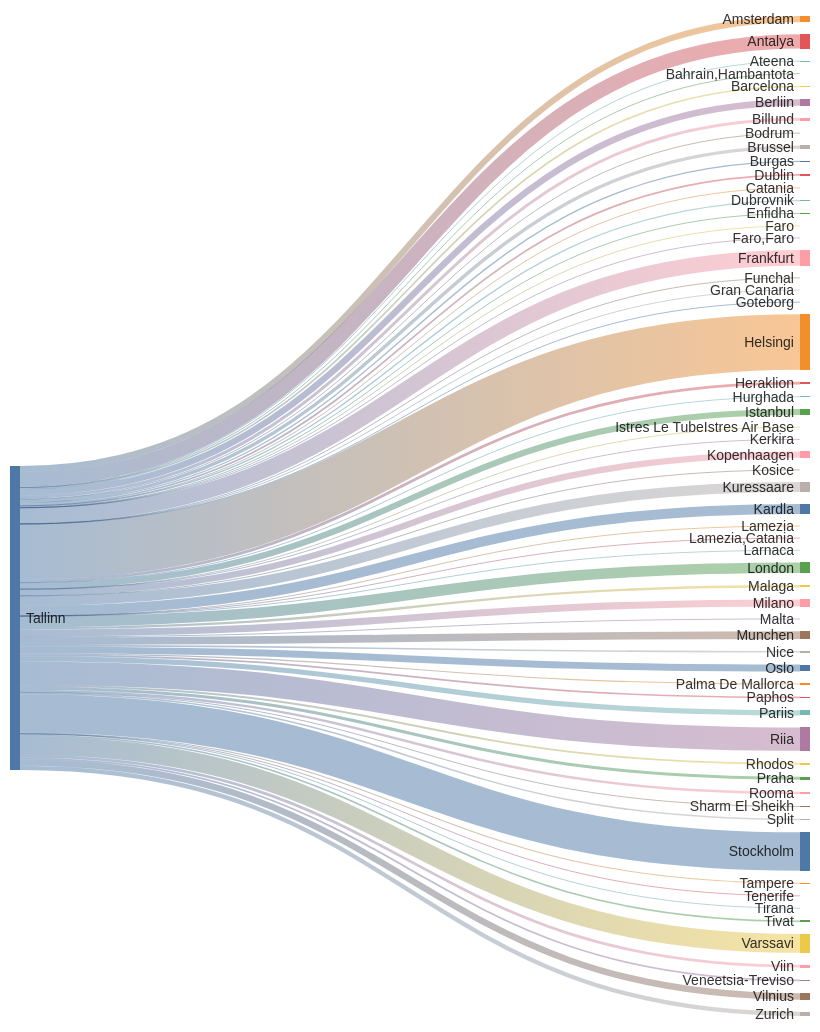
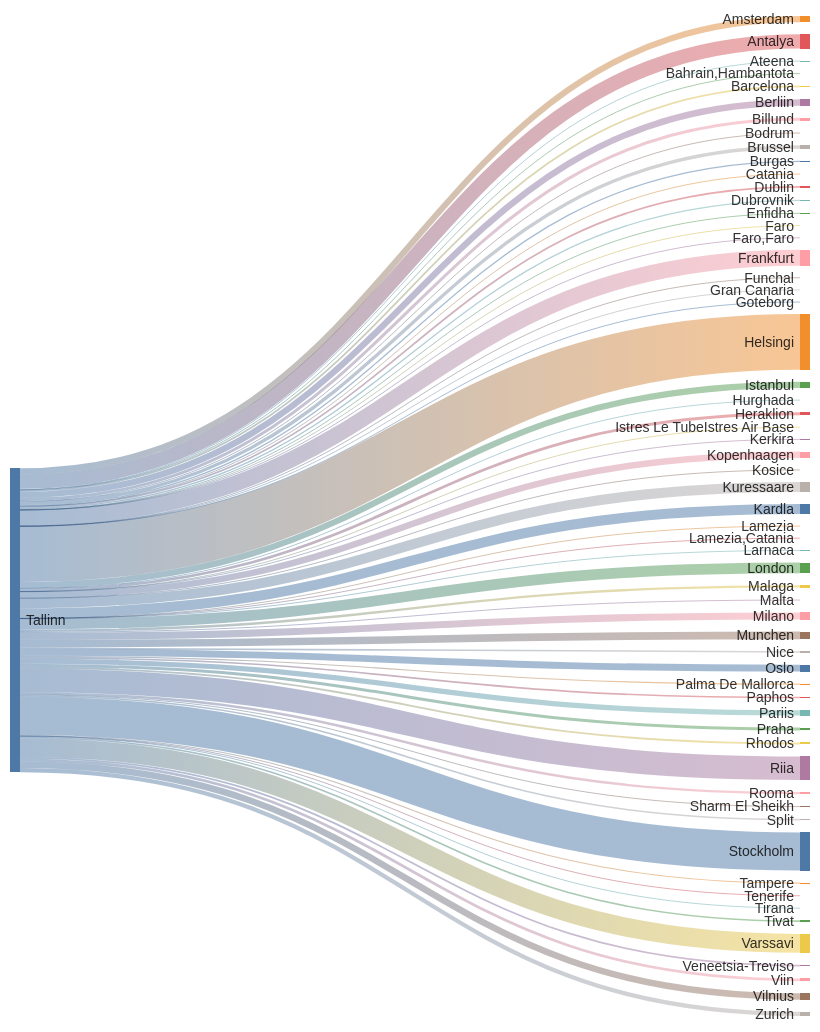
Before and after one commit to rainermesi/tll-airport-departures: the second of 2 diagrams in README.md, drawn with Mermaid. The commit also changed other lines of this file, not shown here.

````diff
--- a/README.md
+++ b/README.md
@@ -34,72 +34,72 @@
 ```mermaid
 ---
 config:
   sankey:
     showValues: false
     width: 800
     height: 1000
 ---
 sankey-beta
 %% source,target,value
-Tallinn,Amsterdam,99
-Tallinn,Antalya,236
+Tallinn,Amsterdam,100
+Tallinn,Antalya,237
 Tallinn,Ateena,16
 Tallinn,"Bahrain,Hambantota",1
-Tallinn,Barcelona,28
+Tallinn,Barcelona,29
 Tallinn,Berliin,104
 Tallinn,Billund,49
 Tallinn,Bodrum,11
 Tallinn,Brussel,55
 Tallinn,Burgas,21
 Tallinn,Catania,2
 Tallinn,Dublin,28
 Tallinn,Dubrovnik,21
 Tallinn,Enfidha,7
 Tallinn,Faro,4
 Tallinn,"Faro,Faro",1
-Tallinn,Frankfurt,258
+Tallinn,Frankfurt,260
 Tallinn,Funchal,3
 Tallinn,Gran Canaria,3
 Tallinn,Goteborg,1
-Tallinn,Helsingi,905
+Tallinn,Helsingi,914
 Tallinn,Heraklion,46
 Tallinn,Hurghada,7
-Tallinn,Istanbul,101
+Tallinn,Istanbul,102
 Tallinn,Istres Le TubeIstres Air Base,2
 Tallinn,Kerkira,4
-Tallinn,Kopenhaagen,104
+Tallinn,Kopenhaagen,105
 Tallinn,Kosice,1
-Tallinn,Kuressaare,163
-Tallinn,Kardla,163
+Tallinn,Kuressaare,165
+Tallinn,Kardla,165
 Tallinn,Lamezia,1
 Tallinn,"Lamezia,Catania",3
 Tallinn,Larnaca,4
-Tallinn,London,174
+Tallinn,London,176
 Tallinn,Malaga,39
 Tallinn,Malta,14
-Tallinn,Milano,115
-Tallinn,Munchen,124
+Tallinn,Milano,116
+Tallinn,Munchen,125
 Tallinn,Nice,25
 Tallinn,Oslo,113
 Tallinn,Palma De Mallorca,19
 Tallinn,Paphos,27
 Tallinn,Pariis,85
 Tallinn,Praha,49
 Tallinn,Rhodos,32
-Tallinn,Riia,381
+Tallinn,Riia,385
 Tallinn,Rooma,40
-Tallinn,Sharm El Sheikh,8
+Tallinn,Sharm El Sheikh,9
 Tallinn,Split,25
-Tallinn,Stockholm,626
+Tallinn,Stockholm,628
 Tallinn,Tampere,17
 Tallinn,Tenerife,4
 Tallinn,Tirana,8
 Tallinn,Tivat,26
-Tallinn,Varssavi,306
+Tallinn,Varssavi,309
 Tallinn,Veneetsia-Treviso,28
 Tallinn,Viin,45
-Tallinn,Vilnius,105
+Tallinn,Vilnius,107
 Tallinn,Zurich,71
 
 
 ```
````
